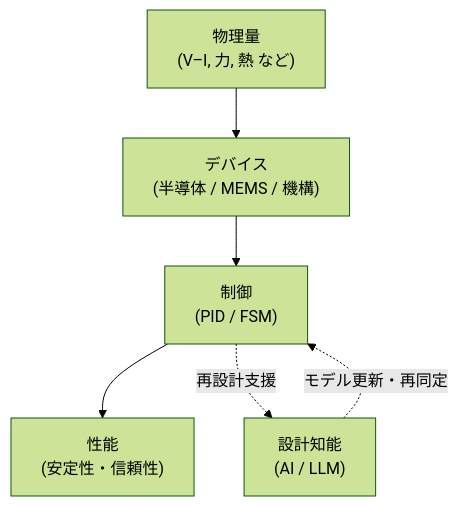
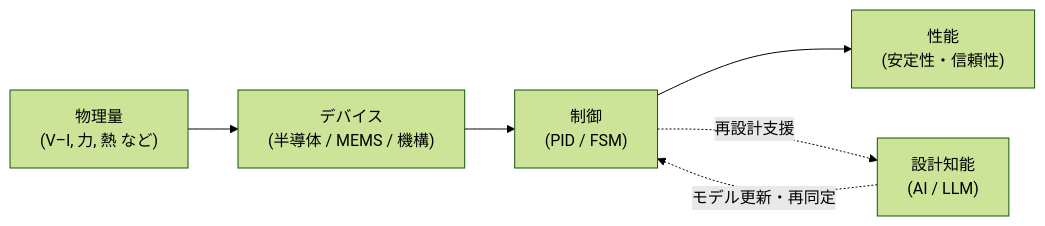
One commit to Samizo-AITL/Samizo-AITL.github.io changed the diagram in index.md. Above: the diagram before and after it, drawn with Mermaid (forest theme).

````diff
--- a/index.md
+++ b/index.md
@@ -24,14 +24,14 @@
 ```mermaid
-flowchart TD
-    P["物理量\n(V–I, 力, 熱 など)"]
-    D["デバイス\n(半導体 / MEMS / 機構)"]
-    C["制御\n(PID / FSM)"]
-    A["設計知能\n(AI / LLM)"]
-    S["性能\n(安定性・信頼性)"]
+flowchart LR
+    P["物理量<br>(V–I, 力, 熱 など)"]
+    D["デバイス<br>(半導体 / MEMS / 機構)"]
+    C["制御<br>(PID / FSM)"]
+    A["設計知能<br>(AI / LLM)"]
+    S["性能<br>(安定性・信頼性)"]
 
     P --> D
     D --> C
     C --> S
     C -. 再設計支援 .-> A
     A -. モデル更新・再同定 .-> C
 ```
````
